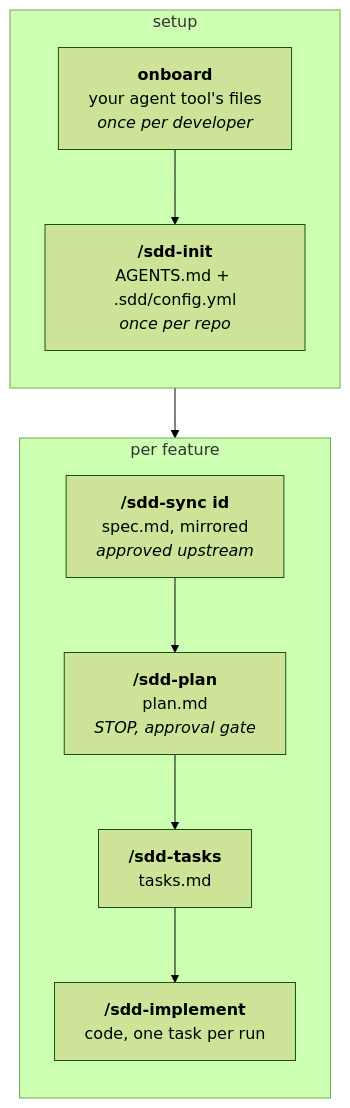
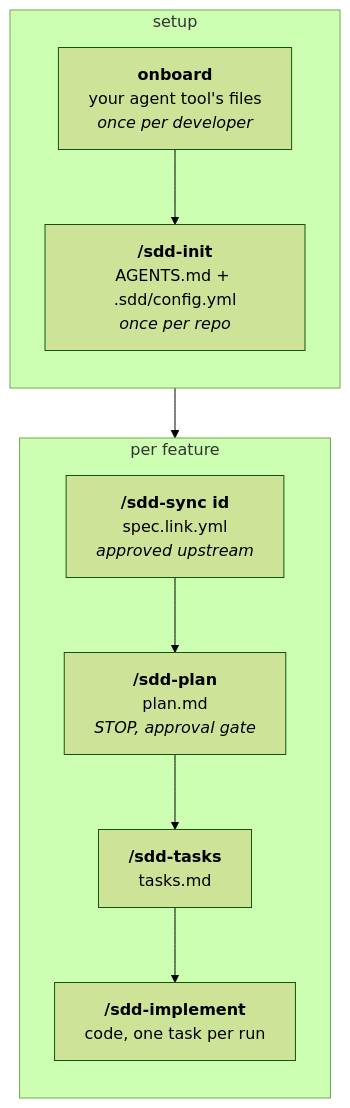
One commit to cabu0124/sdd-project-template changed the second of 4 diagrams in README.md. Above: the diagram before and after it, drawn with Mermaid (forest theme). The commit also changed other lines of this file and 24 other files, not shown here.

````diff
--- a/README.md
+++ b/README.md
@@ -72,20 +72,20 @@
 ```mermaid
 flowchart TD
   subgraph setup [" setup "]
     direction TB
     onboard["<b>onboard</b><br>your agent tool's files<br><i>once per developer</i>"]
     init["<b>/sdd-init</b><br>AGENTS.md + .sdd/config.yml<br><i>once per repo</i>"]
     onboard --> init
   end
 
   subgraph feature [" per feature "]
     direction TB
-    sync["<b>/sdd-sync id</b><br>spec.md, mirrored<br><i>approved upstream</i>"]
+    sync["<b>/sdd-sync id</b><br>spec.link.yml<br><i>approved upstream</i>"]
     plan["<b>/sdd-plan</b><br>plan.md<br><i>STOP, approval gate</i>"]
     tasks["<b>/sdd-tasks</b><br>tasks.md"]
     impl["<b>/sdd-implement</b><br>code, one task per run"]
     sync --> plan --> tasks --> impl
   end
 
   init --> sync
 ```
````
